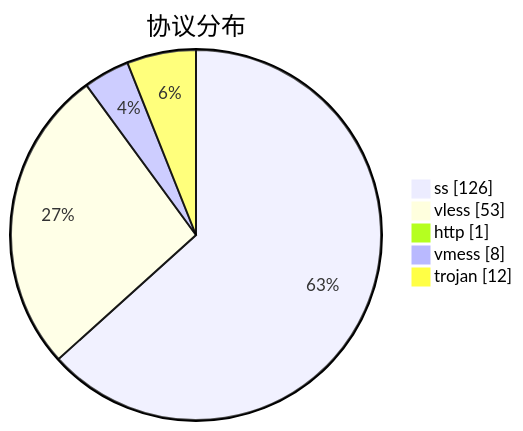
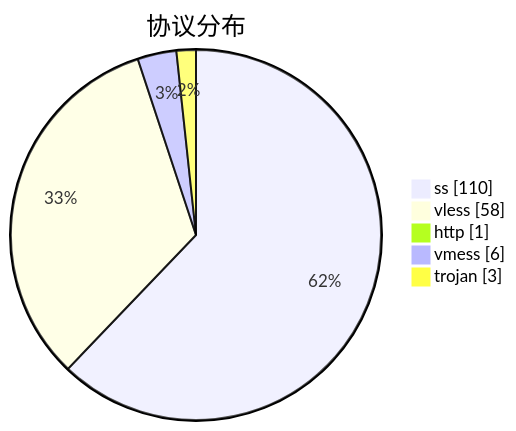
Before and after one commit to qjlxg/airport: the third of 3 diagrams in subs/statistics/tested_within.md, drawn with Mermaid. The commit also changed other lines of this file and 2 other files, not shown here.

````diff
--- a/subs/statistics/tested_within.md
+++ b/subs/statistics/tested_within.md
@@ -26,9 +26,9 @@
 ```mermaid
 pie showData
 title 协议分布
-"ss" : 126
-"vless" : 53
+"ss" : 110
+"vless" : 58
 "http" : 1
-"vmess" : 8
-"trojan" : 12
+"vmess" : 6
+"trojan" : 3
 ```
````
